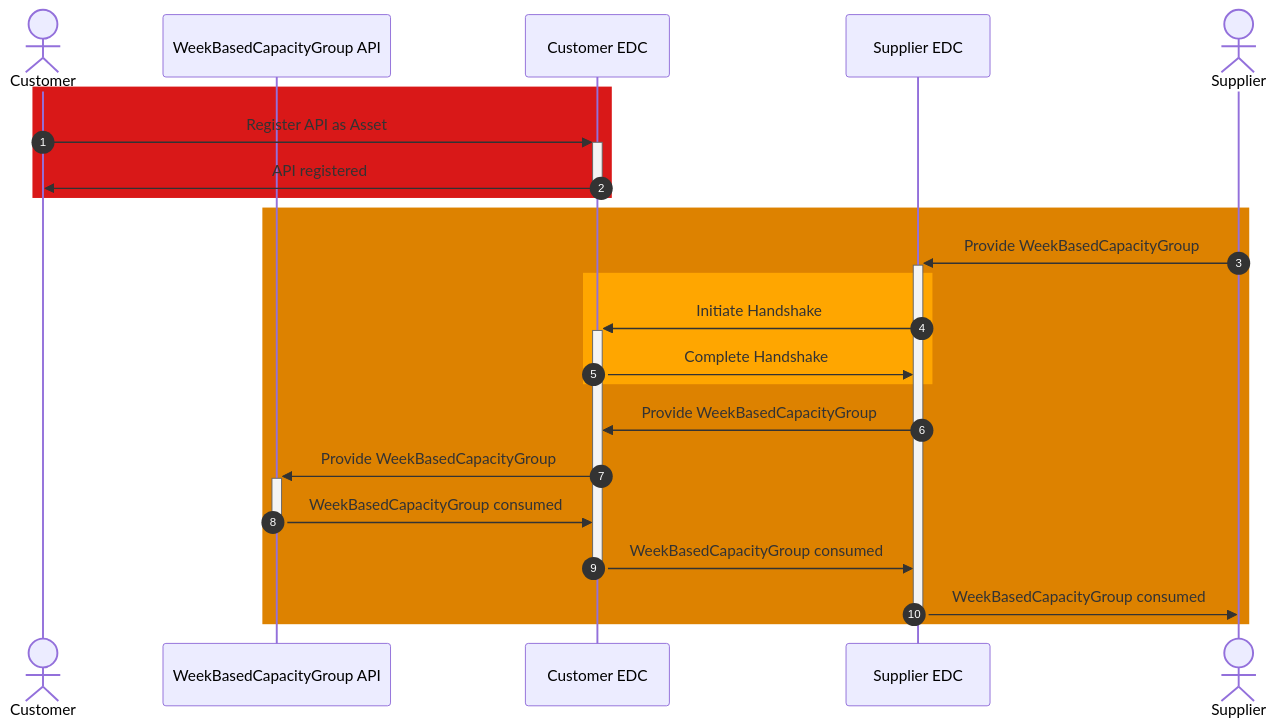
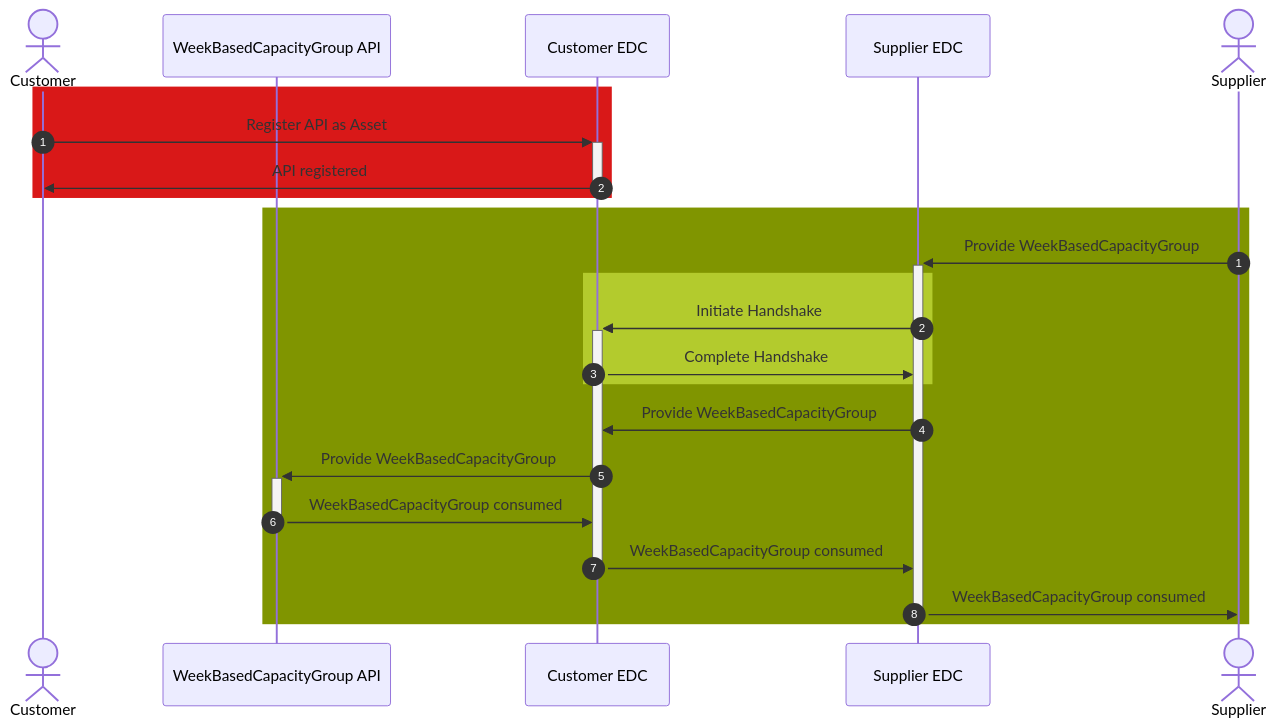
The diagram in docs-kits/kits/demand-and-capacity-management-kit/development-view/api-capacity-group.md (eclipse-tractusx/eclipse-tractusx.github.io), drawn with Mermaid before and after one commit.

Commit message:
Update api-capacity-group.md
@stefanhuber
Supplier + Capacity Group = Green
Customer + Material Demand = Orange

Autonumber is intended, because we do have two seperate sub-processes

````diff
--- a/docs-kits/kits/demand-and-capacity-management-kit/development-view/api-capacity-group.md
+++ b/docs-kits/kits/demand-and-capacity-management-kit/development-view/api-capacity-group.md
@@ -22,27 +22,28 @@
 ```mermaid
 sequenceDiagram
 autonumber
     actor c as Customer 
     participant a as WeekBasedCapacityGroup API
     participant ce as Customer EDC
     participant se as Supplier EDC    
     actor s as Supplier
     
     rect rgb(217,24,24)
       c->>+ce: Register API as Asset
       ce->>-c: API registered
     end
-    rect rgb(221,130,0)
+autonumber 1
+    rect rgb(128,149,00)
       s->>+se: Provide WeekBasedCapacityGroup
-      rect rgb(255,166,0)
+      rect rgb(179,203,45)
         se->>+ce: Initiate Handshake
         ce->>se: Complete Handshake
       end
       se->>ce: Provide WeekBasedCapacityGroup
       ce->>+a: Provide WeekBasedCapacityGroup
       a->>-ce: WeekBasedCapacityGroup consumed
       ce->>-se: WeekBasedCapacityGroup consumed
       se->>-s: WeekBasedCapacityGroup consumed
     
     end
 ```
````
